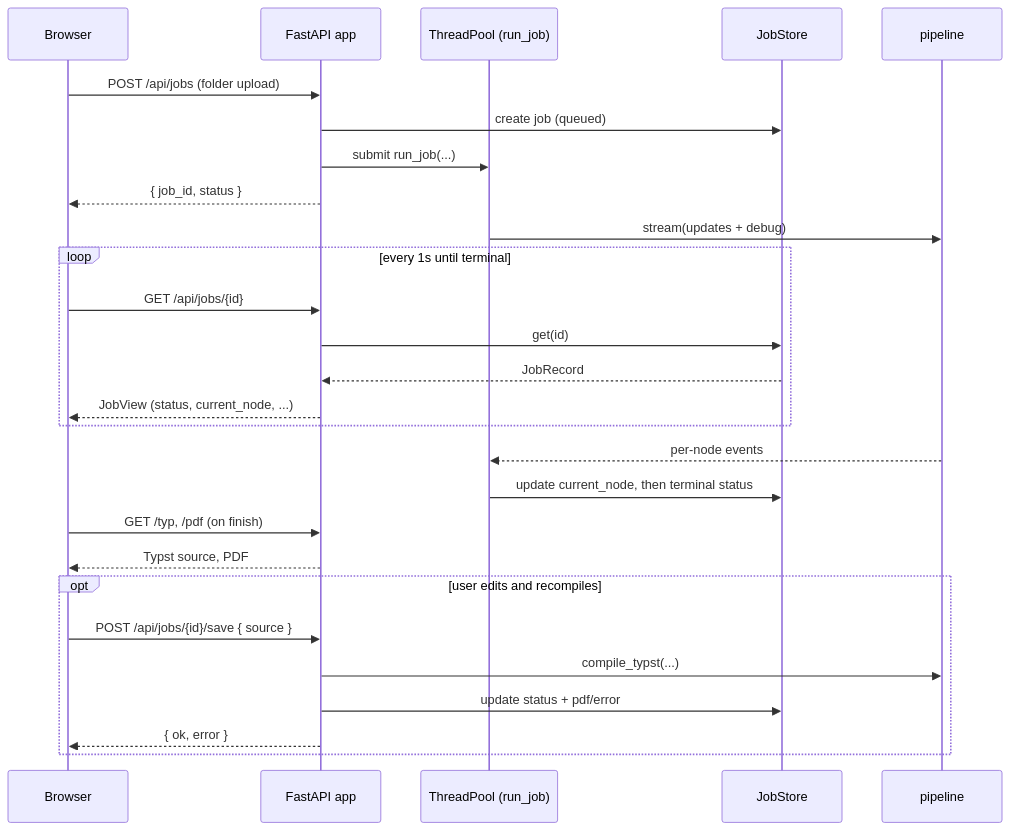
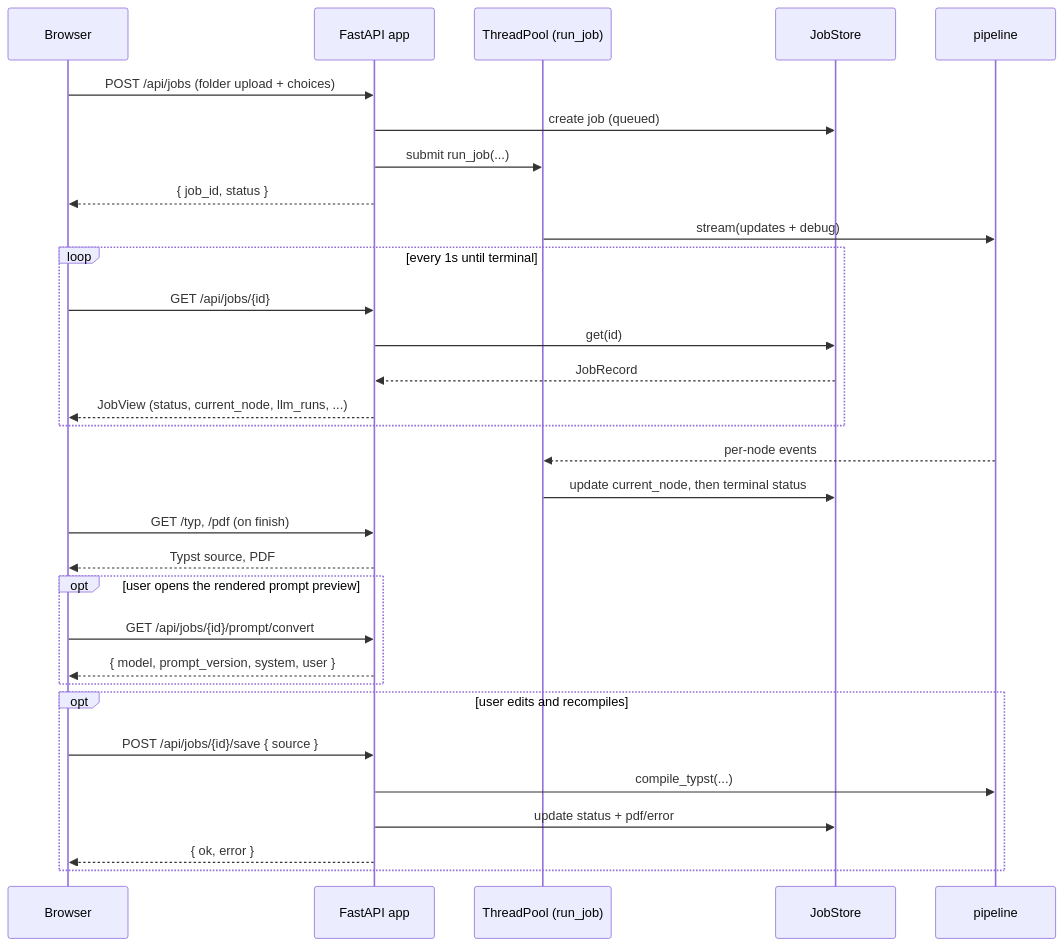
Before and after one commit to SushrutGaikwad/b2t: diagram 11 of 11 in CODEBASE_GUIDE.md, drawn with Mermaid. The commit also changed other lines of this file, not shown here.

First line of the commit message:
docs: rewrite CODEBASE_GUIDE.md for the LLM seam, prompts, UI, and CI

````diff
--- a/CODEBASE_GUIDE.md
+++ b/CODEBASE_GUIDE.md
@@ -971,30 +1169,34 @@
 ```mermaid
 sequenceDiagram
     participant UI as Browser
     participant API as FastAPI app
     participant Pool as ThreadPool (run_job)
     participant Store as JobStore
     participant Graph as pipeline
 
-    UI->>API: POST /api/jobs (folder upload)
+    UI->>API: POST /api/jobs (folder upload + choices)
     API->>Store: create job (queued)
     API->>Pool: submit run_job(...)
     API-->>UI: { job_id, status }
     Pool->>Graph: stream(updates + debug)
     loop every 1s until terminal
         UI->>API: GET /api/jobs/{id}
         API->>Store: get(id)
         Store-->>API: JobRecord
-        API-->>UI: JobView (status, current_node, ...)
+        API-->>UI: JobView (status, current_node, llm_runs, ...)
     end
     Graph-->>Pool: per-node events
     Pool->>Store: update current_node, then terminal status
     UI->>API: GET /typ, /pdf (on finish)
     API-->>UI: Typst source, PDF
+    opt user opens the rendered prompt preview
+        UI->>API: GET /api/jobs/{id}/prompt/convert
+        API-->>UI: { model, prompt_version, system, user }
+    end
     opt user edits and recompiles
         UI->>API: POST /api/jobs/{id}/save { source }
         API->>Graph: compile_typst(...)
         API->>Store: update status + pdf/error
         API-->>UI: { ok, error }
     end
 ```
````
